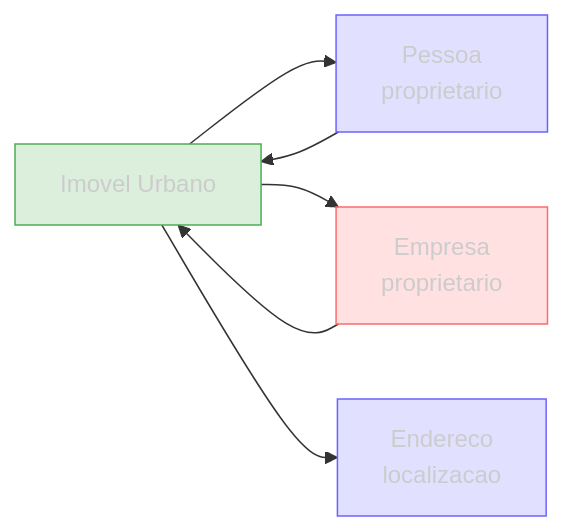
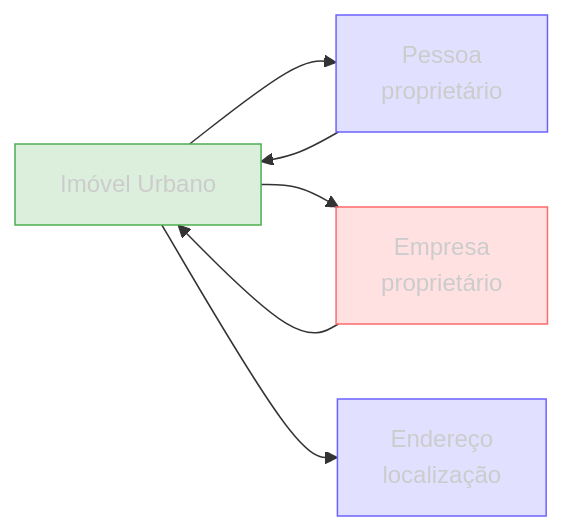
One commit to Sherlocker-LTDA/docs changed the diagram in entidades/propriedade-urbana.mdx. Above: the diagram before and after it, drawn with Mermaid. The commit also changed other lines of this file and 34 other files, not shown here.

````diff
--- a/entidades/propriedade-urbana.mdx
+++ b/entidades/propriedade-urbana.mdx
@@ -78,13 +78,13 @@
 ```mermaid
 graph LR
-  IU[Imovel Urbano] --> P[Pessoa<br/>proprietario]
-  IU --> E[Empresa<br/>proprietario]
-  IU --> EN[Endereco<br/>localizacao]
+  IU[Imóvel Urbano] --> P[Pessoa<br/>proprietário]
+  IU --> E[Empresa<br/>proprietário]
+  IU --> EN[Endereço<br/>localização]
   P --> IU
   E --> IU
 
   style IU fill:#4CAF5033,stroke:#4CAF50,color:#ccc
   style P fill:#6C63FF33,stroke:#6C63FF,color:#ccc
   style E fill:#FF6B6B33,stroke:#FF6B6B,color:#ccc
   style EN fill:#6C63FF33,stroke:#6C63FF,color:#ccc
 ```
````
